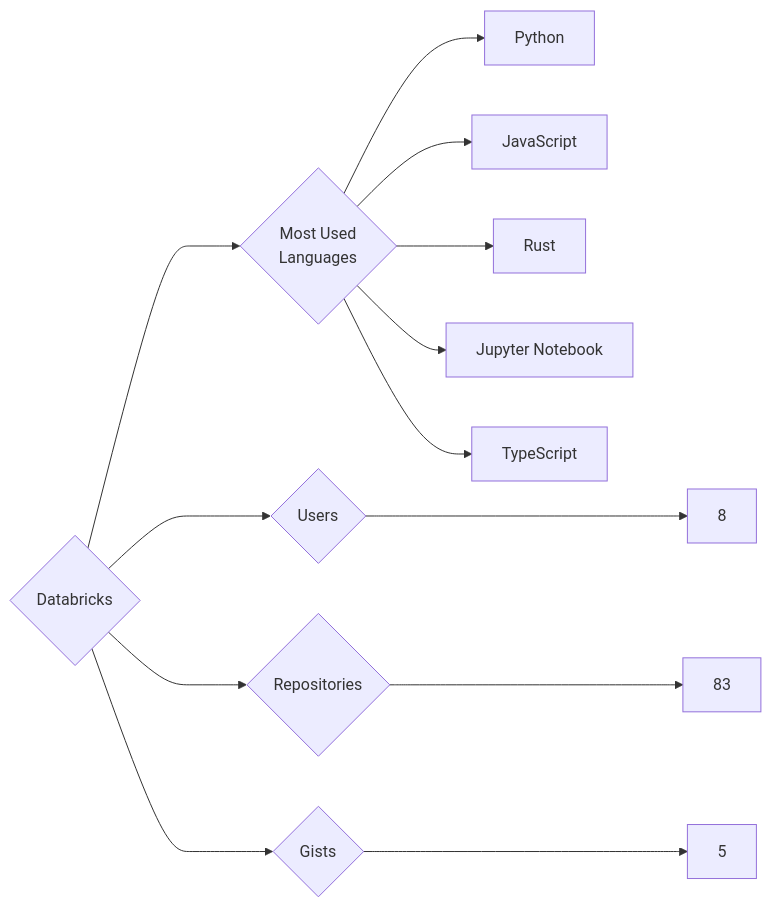
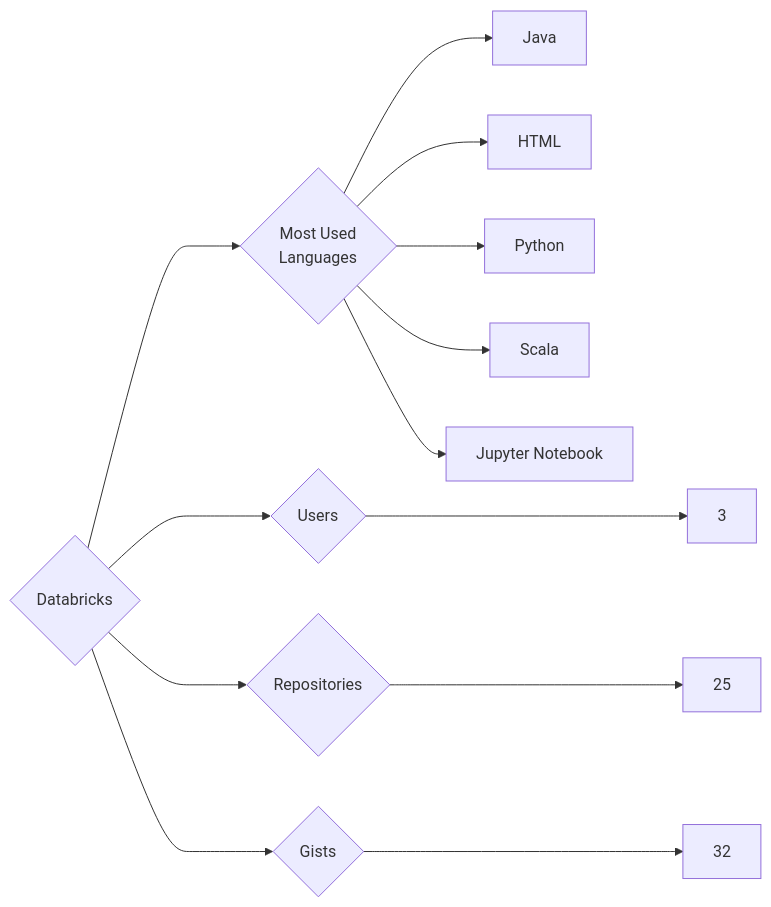
The diagram in targets/Databricks/README.md (trickest/insiders), drawn with Mermaid before and after one commit. The commit also changed 783 other files, not shown here.

````diff
--- a/targets/Databricks/README.md
+++ b/targets/Databricks/README.md
@@ -3,13 +3,13 @@
 ```mermaid
 graph LR
 COMPANY_NAME{Databricks}
-COMPANY_NAME ---> U{Users} ---> UN[8]
-COMPANY_NAME ---> R{Repositories} ---> RN[83]
-COMPANY_NAME ---> G{Gists} ---> GN[5]
+COMPANY_NAME ---> U{Users} ---> UN[3]
+COMPANY_NAME ---> R{Repositories} ---> RN[25]
+COMPANY_NAME ---> G{Gists} ---> GN[32]
 COMPANY_NAME ---> ML{Most Used<br>Languages}
+ML --> Java[Java]
+ML --> HTML[HTML]
 ML --> Python[Python]
-ML --> JavaScript[JavaScript]
-ML --> Rust[Rust]
+ML --> Scala[Scala]
 ML --> Jupyter_Notebook[Jupyter Notebook]
-ML --> TypeScript[TypeScript]
 ```
````
